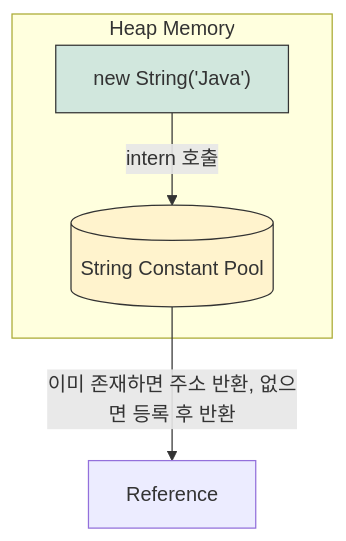
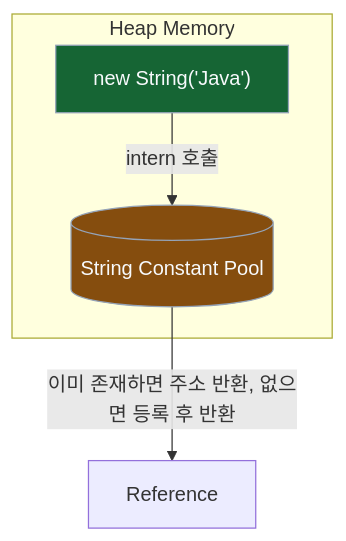
The third of 3 diagrams in _posts/java/09-불변_객체와_String_클래스/2026-01-25-string-클래스-주요-메서드.md (Kang-Hyesung/kang-hyesung.github.io), drawn with Mermaid before and after one commit. The commit also changed other lines of this file and 74 other files, not shown here.

Commit message:
docs: update post visibility and mermaid colors

````diff
--- a/_posts/java/09-불변_객체와_String_클래스/2026-01-25-string-클래스-주요-메서드.md
+++ b/_posts/java/09-불변_객체와_String_클래스/2026-01-25-string-클래스-주요-메서드.md
@@ -146,13 +146,13 @@
 ```mermaid
 graph TD
     subgraph Heap_Memory ["Heap Memory"]
         S1["new String('Java')"]
         Pool[("String Constant Pool")]
     end
 
     S1 -->|intern 호출| Pool
     Pool -->|이미 존재하면 주소 반환, 없으면 등록 후 반환| Ret["Reference"]
 
-    style Pool fill:#fff3cd,stroke:#333
-    style S1 fill:#d1e7dd,stroke:#333
+    style Pool fill:#854d0e,stroke:#94a3b8,color:#f8fafc
+    style S1 fill:#166534,stroke:#94a3b8,color:#f8fafc
 ```
````
